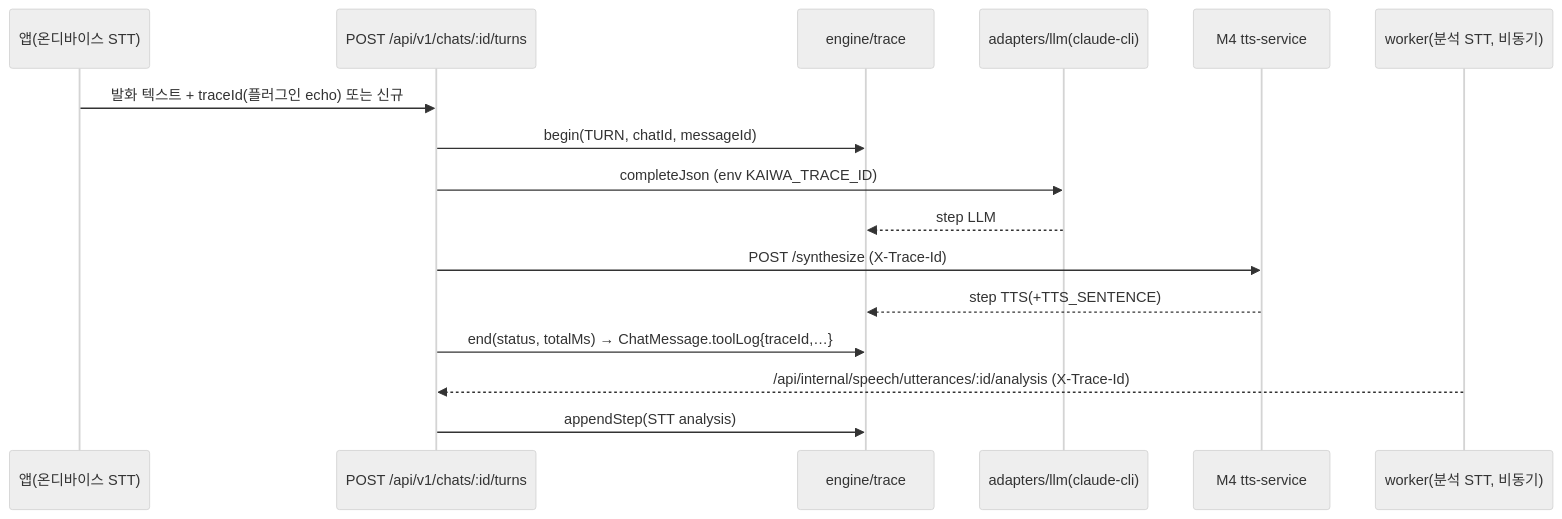
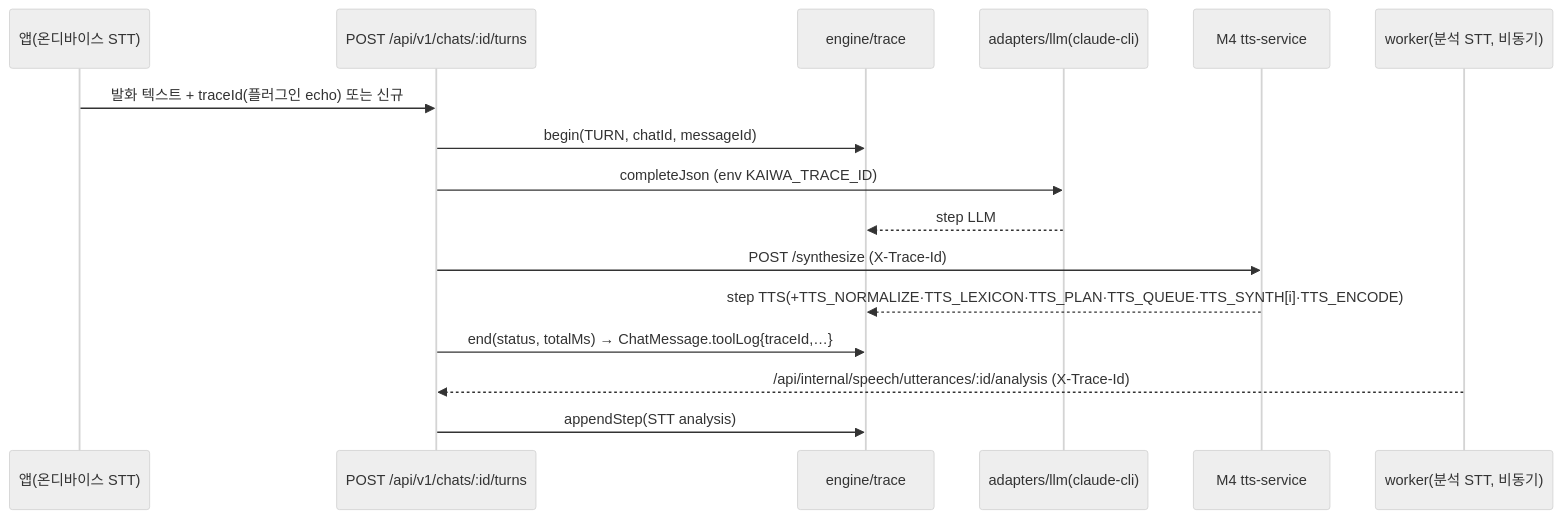
The diagram in docs/design/admin-console/13-request-trace-model.md (BrownJeon/project_TheKaiwa), drawn with Mermaid (neutral theme) before and after one commit. The commit also changed other lines of this file and 26 other files, not shown here.

````diff
--- a/docs/design/admin-console/13-request-trace-model.md
+++ b/docs/design/admin-console/13-request-trace-model.md
@@ -118,18 +118,18 @@
 ```mermaid
 sequenceDiagram
   participant App as 앱(온디바이스 STT)
   participant R as POST /api/v1/chats/:id/turns
   participant T as engine/trace
   participant L as adapters/llm(claude-cli)
   participant TTS as M4 tts-service
   participant W as worker(분석 STT, 비동기)
   App->>R: 발화 텍스트 + traceId(플러그인 echo) 또는 신규
   R->>T: begin(TURN, chatId, messageId)
   R->>L: completeJson (env KAIWA_TRACE_ID)
   L-->>T: step LLM
   R->>TTS: POST /synthesize (X-Trace-Id)
-  TTS-->>T: step TTS(+TTS_SENTENCE)
+  TTS-->>T: step TTS(+TTS_NORMALIZE·TTS_LEXICON·TTS_PLAN·TTS_QUEUE·TTS_SYNTH[i]·TTS_ENCODE)
   R->>T: end(status, totalMs) → ChatMessage.toolLog{traceId,…}
   W-->>R: /api/internal/speech/utterances/:id/analysis (X-Trace-Id)
   R->>T: appendStep(STT analysis)
 ```
````
